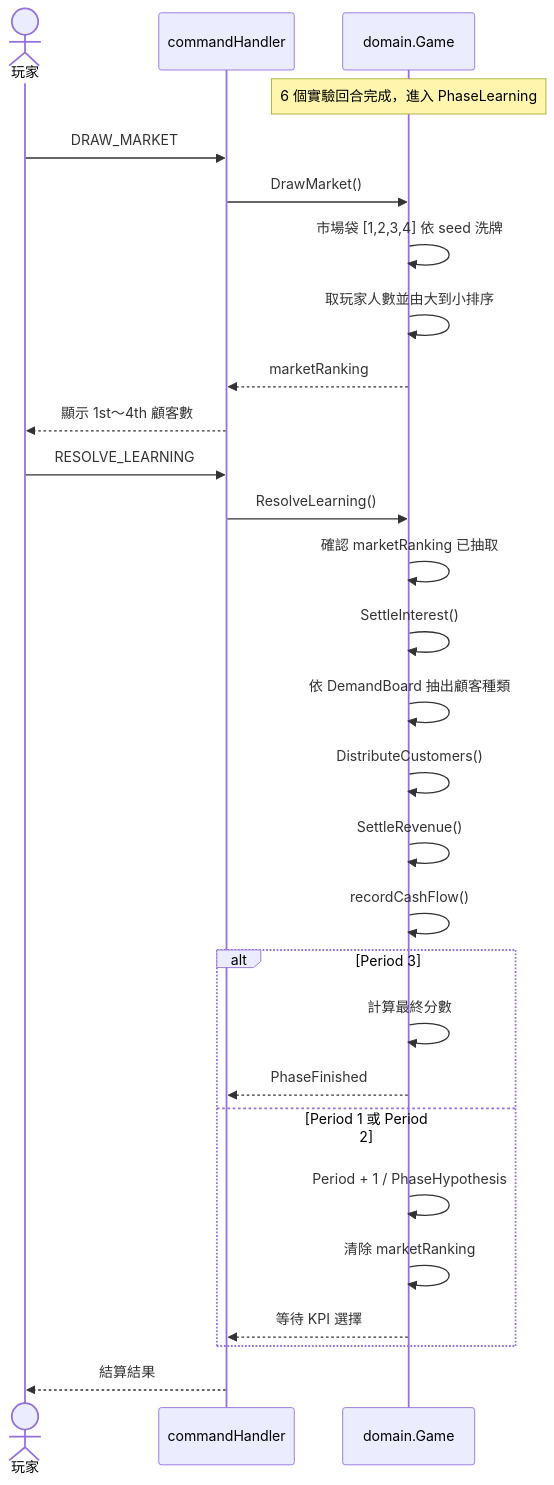
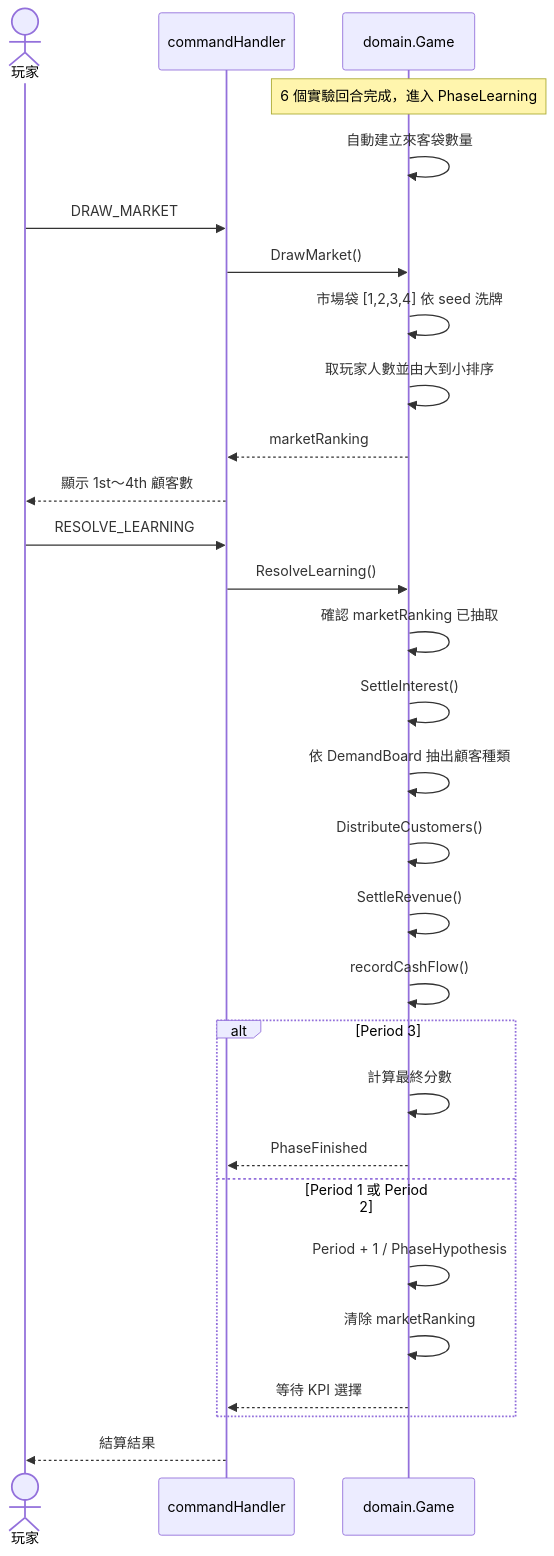
Before and after one commit to linchuen/CafeStartups: the third of 4 diagrams in docs/後端時序圖.md, drawn with Mermaid. The commit also changed other lines of this file and 8 other files, not shown here.

Commit message:
feat: update demand revenue and market flow

````diff
--- a/docs/後端時序圖.md
+++ b/docs/後端時序圖.md
@@ -77,34 +77,35 @@
 ```mermaid
 sequenceDiagram
     actor Player as 玩家
     participant API as commandHandler
     participant Game as domain.Game
 
     Note over Game: 6 個實驗回合完成，進入 PhaseLearning
 
+    Game->>Game: 自動建立來客袋數量
     Player->>API: DRAW_MARKET
     API->>Game: DrawMarket()
     Game->>Game: 市場袋 [1,2,3,4] 依 seed 洗牌
     Game->>Game: 取玩家人數並由大到小排序
     Game-->>API: marketRanking
     API-->>Player: 顯示 1st～4th 顧客數
 
     Player->>API: RESOLVE_LEARNING
     API->>Game: ResolveLearning()
     Game->>Game: 確認 marketRanking 已抽取
     Game->>Game: SettleInterest()
     Game->>Game: 依 DemandBoard 抽出顧客種類
     Game->>Game: DistributeCustomers()
     Game->>Game: SettleRevenue()
     Game->>Game: recordCashFlow()
 
     alt Period 3
         Game->>Game: 計算最終分數
         Game-->>API: PhaseFinished
     else Period 1 或 Period 2
         Game->>Game: Period + 1 / PhaseHypothesis
         Game->>Game: 清除 marketRanking
         Game-->>API: 等待 KPI 選擇
     end
     API-->>Player: 結算結果
 ```
````
